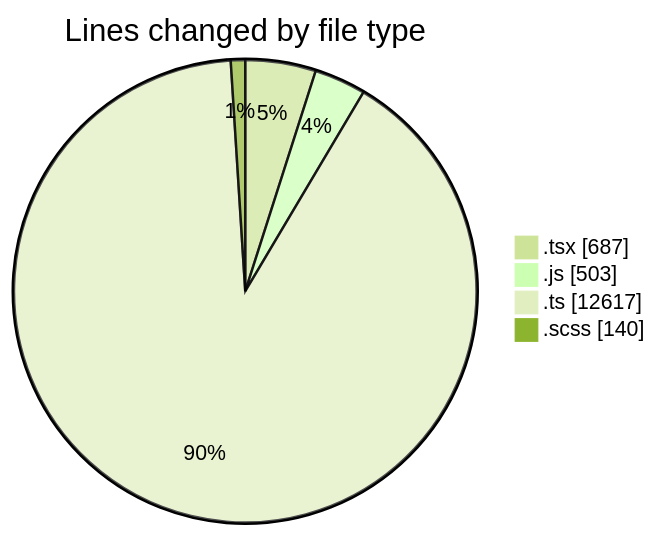
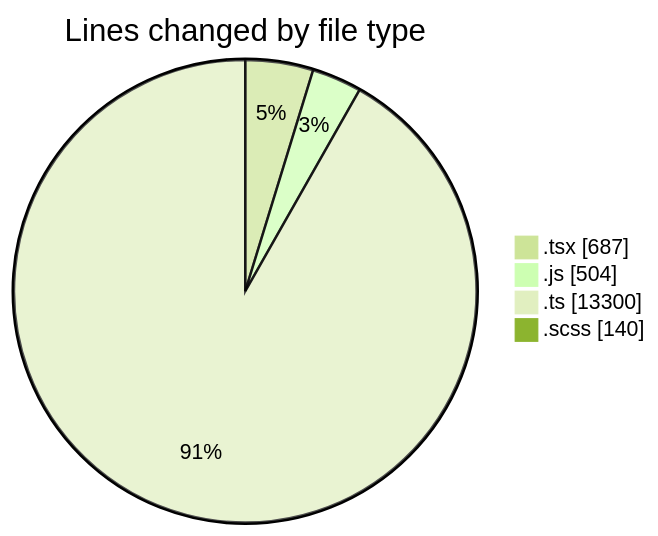
The first of 2 diagrams in 2025-06-30/cda/README.md (momahboobian/code-tracking), drawn with Mermaid (forest theme) before and after one commit. The commit also changed other lines of this file and 1 other file, not shown here.

````diff
--- a/2025-06-30/cda/README.md
+++ b/2025-06-30/cda/README.md
@@ -28,8 +29,8 @@
 ```mermaid
 pie showData
 title Lines changed by file type
 ".tsx" : 687
-".js" : 503
-".ts" : 12617
+".js" : 504
+".ts" : 13300
 ".scss" : 140
 ```
````
